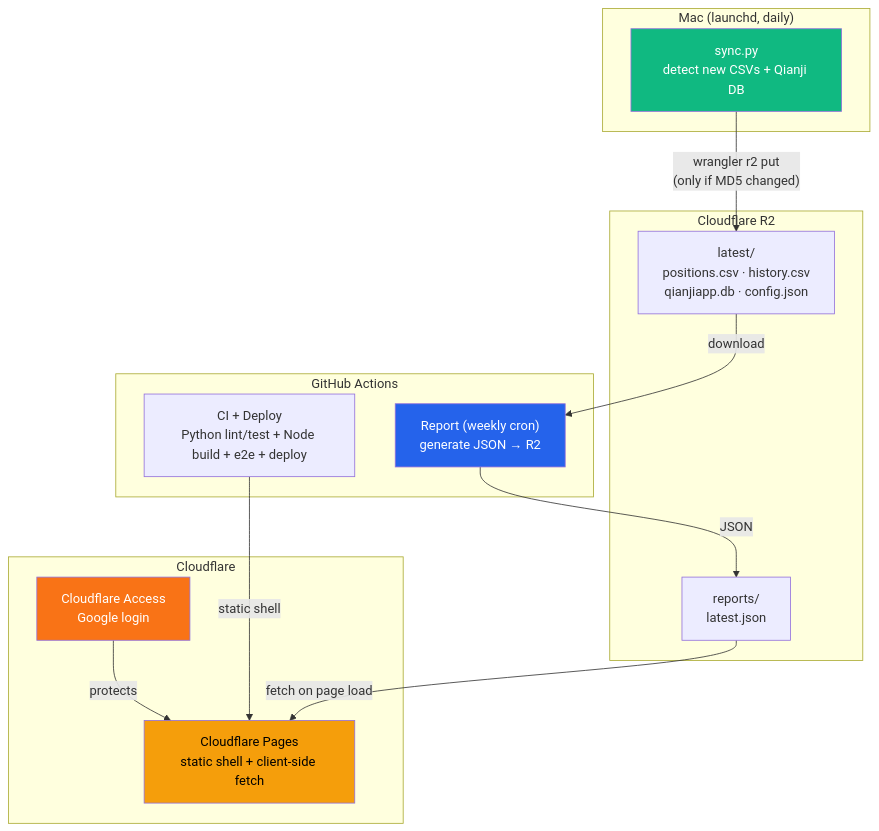
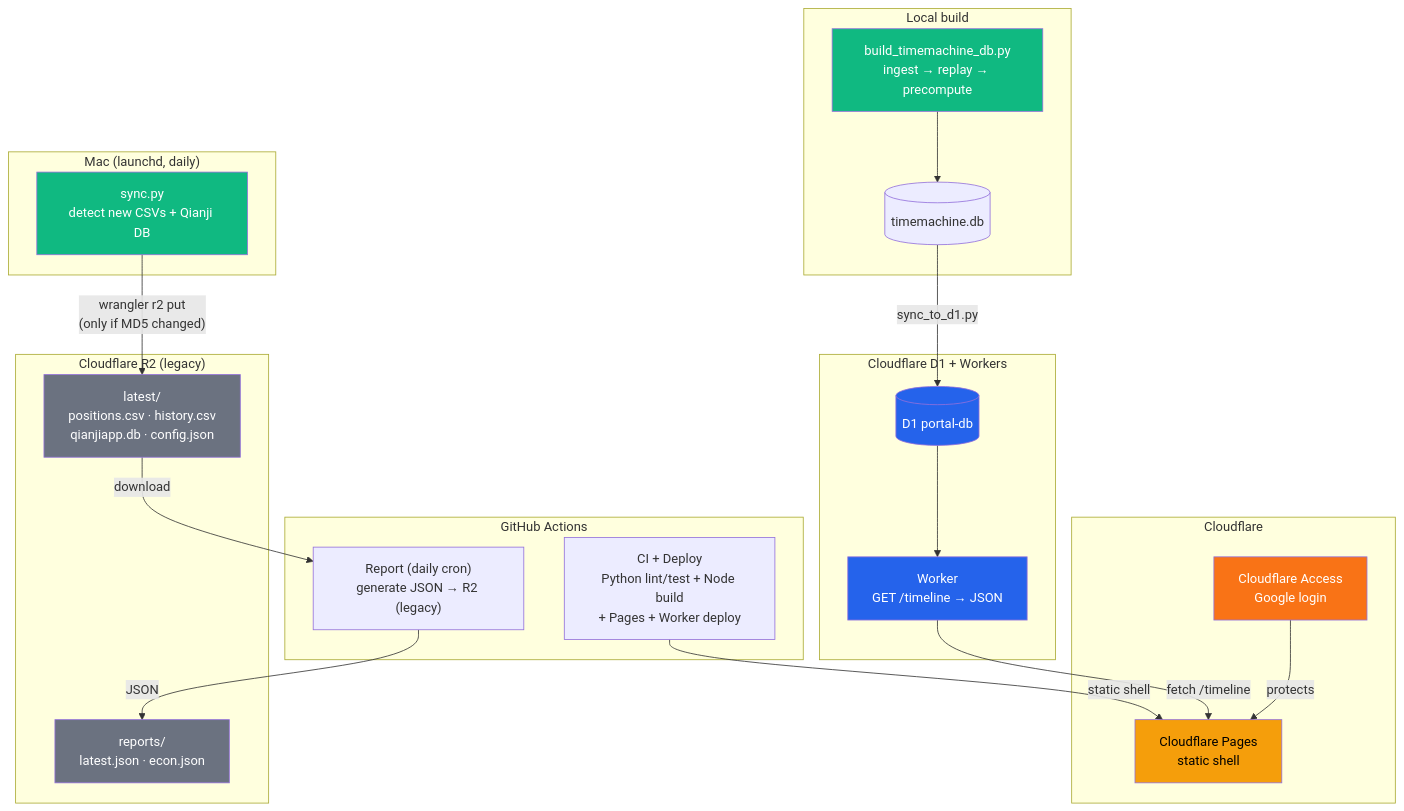
The first of 3 diagrams in README.md (Guoyuer/portal), drawn with Mermaid before and after one commit. The commit also changed other lines of this file and 2 other files, not shown here.

First line of the commit message:
docs: update README, CLAUDE.md, timemachine-design to match current codebase

````diff
--- a/README.md
+++ b/README.md
@@ -9,33 +9,50 @@
 ```mermaid
 graph TB
     subgraph "Mac (launchd, daily)"
         SYNC["sync.py<br/>detect new CSVs + Qianji DB"]
     end
 
-    subgraph "Cloudflare R2"
+    subgraph "Local build"
+        BUILD["build_timemachine_db.py<br/>ingest → replay → precompute"]
+        DB[(timemachine.db)]
+    end
+
+    subgraph "Cloudflare R2 (legacy)"
         RAW["latest/<br/>positions.csv · history.csv<br/>qianjiapp.db · config.json"]
-        JSON["reports/<br/>latest.json"]
+        JSON["reports/<br/>latest.json · econ.json"]
+    end
+
+    subgraph "Cloudflare D1 + Workers"
+        D1[(D1 portal-db)]
+        WORKER["Worker<br/>GET /timeline → JSON"]
     end
 
     subgraph "GitHub Actions"
-        CI["CI + Deploy<br/>Python lint/test + Node build + e2e + deploy"]
-        REPORT["Report (weekly cron)<br/>generate JSON → R2"]
+        CI["CI + Deploy<br/>Python lint/test + Node build<br/>+ Pages + Worker deploy"]
+        REPORT["Report (daily cron)<br/>generate JSON → R2 (legacy)"]
     end
 
     subgraph "Cloudflare"
         ACCESS["Cloudflare Access<br/>Google login"]
-        PAGES["Cloudflare Pages<br/>static shell + client-side fetch"]
+        PAGES["Cloudflare Pages<br/>static shell"]
     end
 
     SYNC -->|"wrangler r2 put<br/>(only if MD5 changed)"| RAW
     RAW -->|download| REPORT
     REPORT -->|JSON| JSON
+    BUILD --> DB
+    DB -->|sync_to_d1.py| D1
+    D1 --> WORKER
     CI -->|static shell| PAGES
-    JSON -->|"fetch on page load"| PAGES
+    WORKER -->|"fetch /timeline"| PAGES
     ACCESS -->|protects| PAGES
 
     style SYNC fill:#10b981,color:#fff
-    style REPORT fill:#2563eb,color:#fff
+    style BUILD fill:#10b981,color:#fff
+    style WORKER fill:#2563eb,color:#fff
     style PAGES fill:#f59e0b,color:#000
     style ACCESS fill:#f97316,color:#fff
+    style D1 fill:#2563eb,color:#fff
+    style JSON fill:#6b7280,color:#fff
+    style RAW fill:#6b7280,color:#fff
 ```
````
